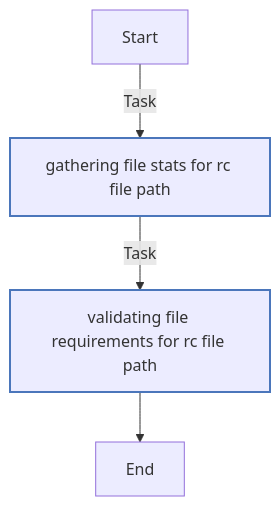
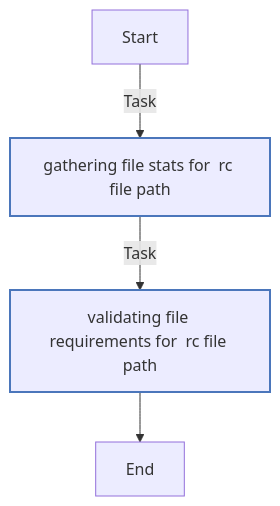
The first of 5 diagrams in playbooks/infra/reporting/roles/report_combine/README.md (mvk/eco-ci-cd), drawn with Mermaid before and after one commit. The commit also changed other lines of this file and 2 other files, not shown here.

````diff
--- a/playbooks/infra/reporting/roles/report_combine/README.md
+++ b/playbooks/infra/reporting/roles/report_combine/README.md
@@ -174,16 +141,16 @@
 ```mermaid
 flowchart TD
 Start
 classDef block stroke:#3498db,stroke-width:2px;
 classDef task stroke:#4b76bb,stroke-width:2px;
 classDef includeTasks stroke:#16a085,stroke-width:2px;
 classDef importTasks stroke:#34495e,stroke-width:2px;
 classDef includeRole stroke:#2980b9,stroke-width:2px;
 classDef importRole stroke:#699ba7,stroke-width:2px;
 classDef includeVars stroke:#8e44ad,stroke-width:2px;
 classDef rescue stroke:#665352,stroke-width:2px;
 
-  Start-->|Task| Gathering_file_stats_for_rc_file_path0[gathering file stats for rc file path]:::task
-  Gathering_file_stats_for_rc_file_path0-->|Task| Validating_file_requirements_for_rc_file_path1[validating file requirements for rc file path]:::task
-  Validating_file_requirements_for_rc_file_path1-->End
+  Start-->|Task| Gathering_file_stats_for__rc_file_path0[gathering file stats for  rc file path]:::task
+  Gathering_file_stats_for__rc_file_path0-->|Task| Validating_file_requirements_for__rc_file_path1[validating file requirements for  rc file path]:::task
+  Validating_file_requirements_for__rc_file_path1-->End
 ```
````
